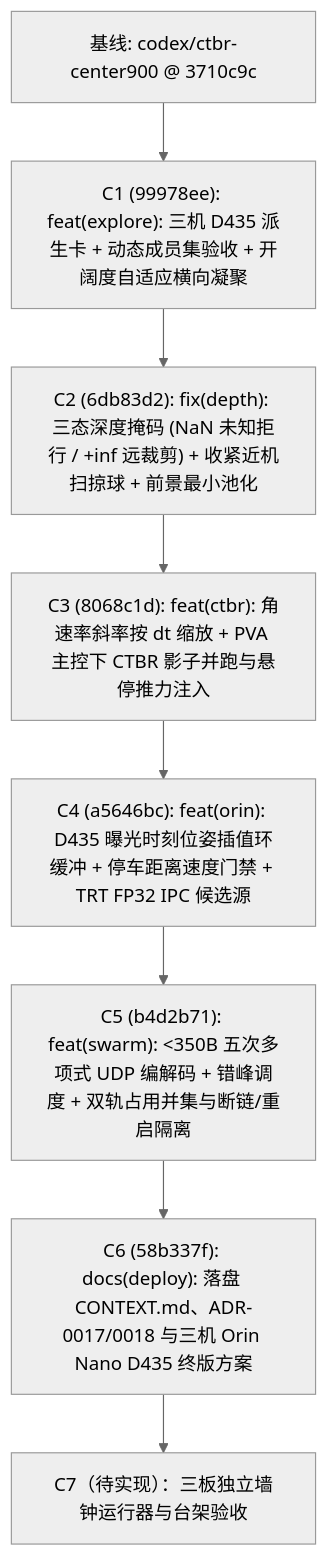
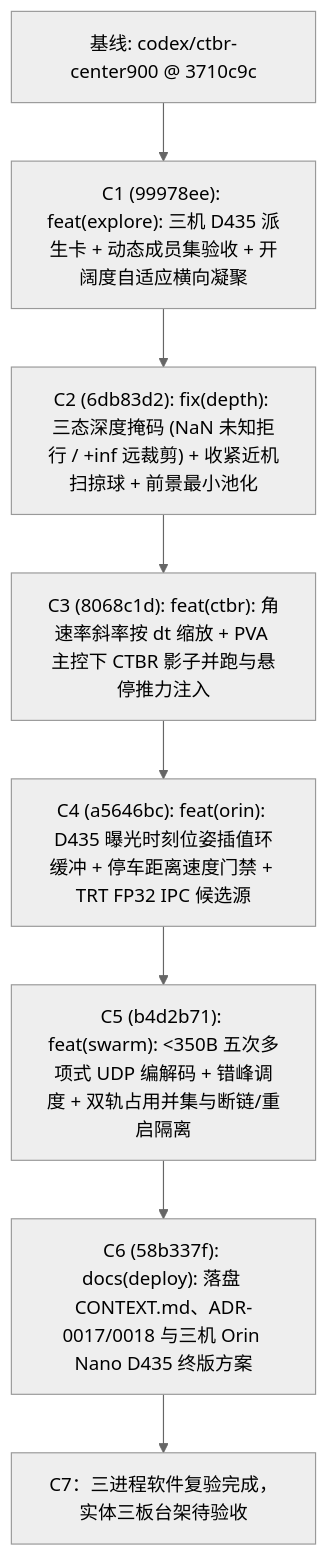
Before and after one commit to wk-frank/yopo-restart2: the diagram in docs/research/orin-nano-3uav-d435.md, drawn with Mermaid (neutral theme). The commit also changed other lines of this file and 1 other file, not shown here.

````diff
--- a/docs/research/orin-nano-3uav-d435.md
+++ b/docs/research/orin-nano-3uav-d435.md
@@ -65,13 +65,13 @@
 ```mermaid
 flowchart TD
     B0["基线: codex/ctbr-center900 @ 3710c9c"]
     C1["C1 (99978ee): feat(explore): 三机 D435 派生卡 + 动态成员集验收 + 开阔度自适应横向凝聚"]
     C2["C2 (6db83d2): fix(depth): 三态深度掩码 (NaN 未知拒行 / +inf 远裁剪) + 收紧近机扫掠球 + 前景最小池化"]
     C3["C3 (8068c1d): feat(ctbr): 角速率斜率按 dt 缩放 + PVA 主控下 CTBR 影子并跑与悬停推力注入"]
     C4["C4 (a5646bc): feat(orin): D435 曝光时刻位姿插值环缓冲 + 停车距离速度门禁 + TRT FP32 IPC 候选源"]
     C5["C5 (b4d2b71): feat(swarm): <350B 五次多项式 UDP 编解码 + 错峰调度 + 双轨占用并集与断链/重启隔离"]
     C6["C6 (58b337f): docs(deploy): 落盘 CONTEXT.md、ADR-0017/0018 与三机 Orin Nano D435 终版方案"]
 
-    C7["C7（待实现）：三板独立墙钟运行器与台架验收"]
+    C7["C7：三进程软件复验完成，实体三板台架待验收"]
     B0 --> C1 --> C2 --> C3 --> C4 --> C5 --> C6 --> C7
 ```
````
